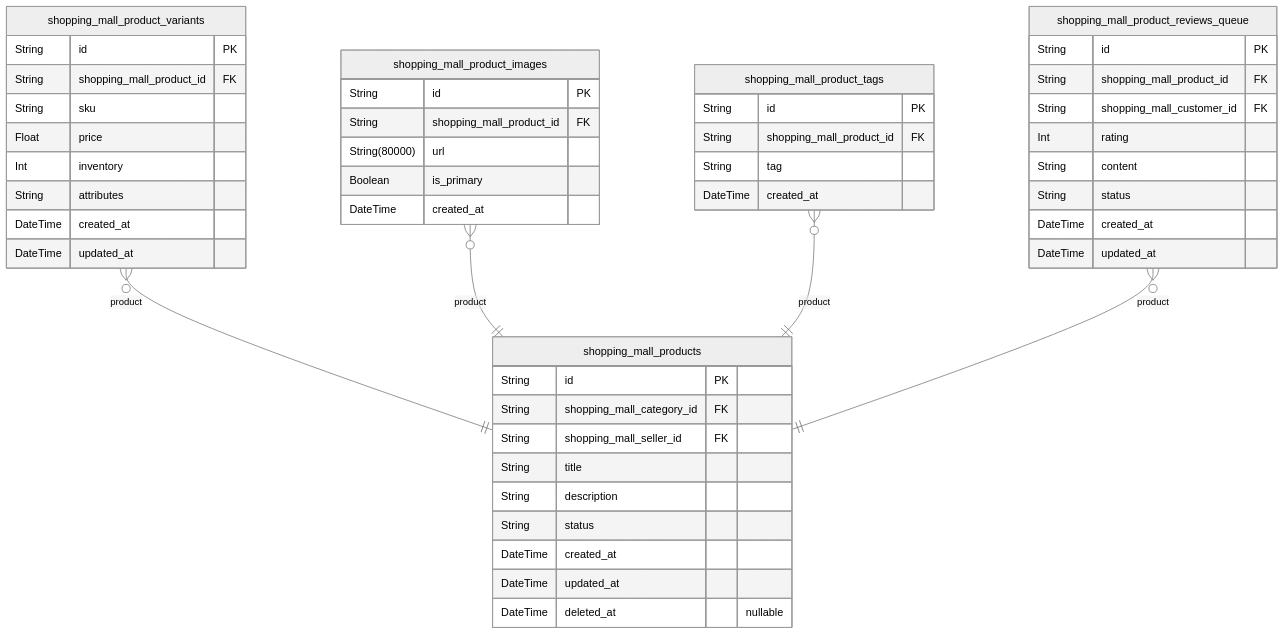
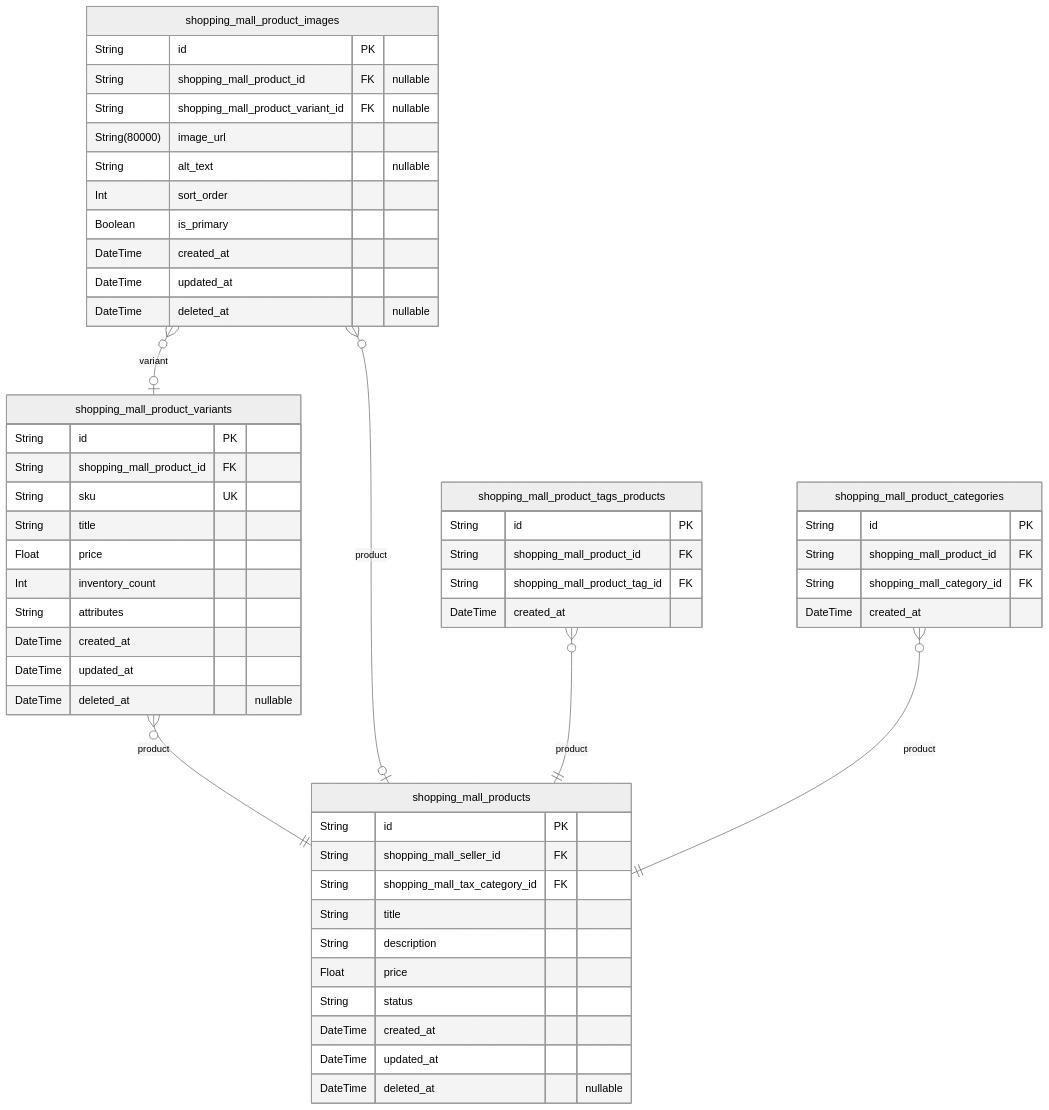
Before and after one commit to wrtnlabs/autobe-examples: the third of 10 diagrams in qwen/qwen3-next-80b-a3b-instruct/shopping/docs/ERD.md, drawn with Mermaid (neutral theme). The commit also changed other lines of this file and 7173 other files, not shown here.

````diff
--- a/qwen/qwen3-next-80b-a3b-instruct/shopping/docs/ERD.md
+++ b/qwen/qwen3-next-80b-a3b-instruct/shopping/docs/ERD.md
@@ -624,51 +612,56 @@
 ```mermaid
 erDiagram
 "shopping_mall_products" {
   String id PK
-  String shopping_mall_category_id FK
   String shopping_mall_seller_id FK
+  String shopping_mall_tax_category_id FK
   String title
   String description
+  Float price
   String status
   DateTime created_at
   DateTime updated_at
   DateTime deleted_at "nullable"
 }
 "shopping_mall_product_variants" {
   String id PK
   String shopping_mall_product_id FK
-  String sku
+  String sku UK
+  String title
   Float price
-  Int inventory
+  Int inventory_count
   String attributes
   DateTime created_at
   DateTime updated_at
+  DateTime deleted_at "nullable"
 }
 "shopping_mall_product_images" {
   String id PK
-  String shopping_mall_product_id FK
-  String(80000) url
+  String shopping_mall_product_id FK "nullable"
+  String shopping_mall_product_variant_id FK "nullable"
+  String(80000) image_url
+  String alt_text "nullable"
+  Int sort_order
   Boolean is_primary
   DateTime created_at
+  DateTime updated_at
+  DateTime deleted_at "nullable"
 }
-"shopping_mall_product_tags" {
+"shopping_mall_product_tags_products" {
   String id PK
   String shopping_mall_product_id FK
-  String tag
+  String shopping_mall_product_tag_id FK
   DateTime created_at
 }
-"shopping_mall_product_reviews_queue" {
+"shopping_mall_product_categories" {
   String id PK
   String shopping_mall_product_id FK
-  String shopping_mall_customer_id FK
-  Int rating
-  String content
-  String status
+  String shopping_mall_category_id FK
   DateTime created_at
-  DateTime updated_at
 }
 "shopping_mall_product_variants" }o--|| "shopping_mall_products" : product
-"shopping_mall_product_images" }o--|| "shopping_mall_products" : product
-"shopping_mall_product_tags" }o--|| "shopping_mall_products" : product
-"shopping_mall_product_reviews_queue" }o--|| "shopping_mall_products" : product
+"shopping_mall_product_images" }o--o| "shopping_mall_products" : product
+"shopping_mall_product_images" }o--o| "shopping_mall_product_variants" : variant
+"shopping_mall_product_tags_products" }o--|| "shopping_mall_products" : product
+"shopping_mall_product_categories" }o--|| "shopping_mall_products" : product
 ```
````
